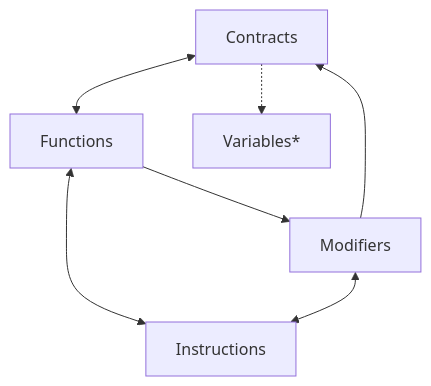
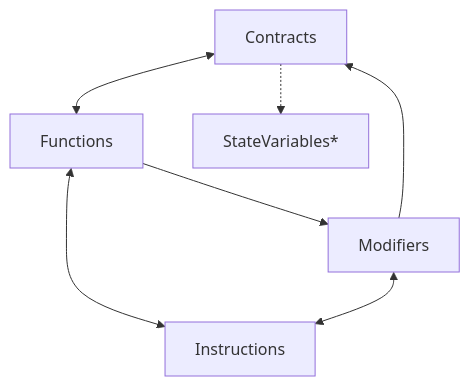
One commit to ustas-eth/daily-glider changed the diagram in articles/boosting-declarative-part/README.md. Above: the diagram before and after it, drawn with Mermaid. The commit also changed other lines of this file and 6 other files, not shown here.

````diff
--- a/articles/boosting-declarative-part/README.md
+++ b/articles/boosting-declarative-part/README.md
@@ -45,11 +45,11 @@
 ```mermaid
 flowchart TD
     Contracts <--> Functions
-    Contracts -.-> Variables*
+    Contracts -.-> StateVariables*
 
     Functions --> Modifiers
     Functions <--> Instructions
 
     Modifiers <--> Instructions
     Modifiers --> Contracts
 ```
````
